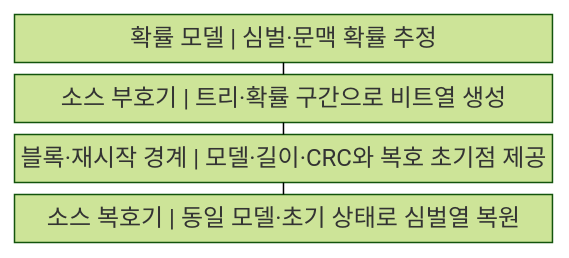
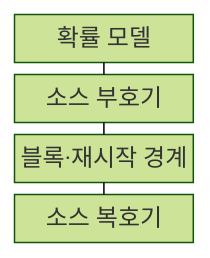
One commit to agnusdei1207/knowledge-base changed the first of 2 diagrams in src/content/docs/notes/04-network/064_source_coding.md. Above: the diagram before and after it, drawn with Mermaid (forest theme). The commit also changed 122 other files, not shown here.

````diff
--- a/src/content/docs/notes/04-network/064_source_coding.md
+++ b/src/content/docs/notes/04-network/064_source_coding.md
@@ -55,11 +55,11 @@
 ```mermaid
-block
+block-beta
     columns 1
-    A["확률 모델 | 심벌·문맥 확률 추정"]
-    B["소스 부호기 | 트리·확률 구간으로 비트열 생성"]
-    C["블록·재시작 경계 | 모델·길이·CRC와 복호 초기점 제공"]
-    D["소스 복호기 | 동일 모델·초기 상태로 심벌열 복원"]
+    A["확률 모델"]
+    B["소스 부호기"]
+    C["블록·재시작 경계"]
+    D["소스 복호기"]
     A --- B
     B --- C
     C --- D
 ```
````
